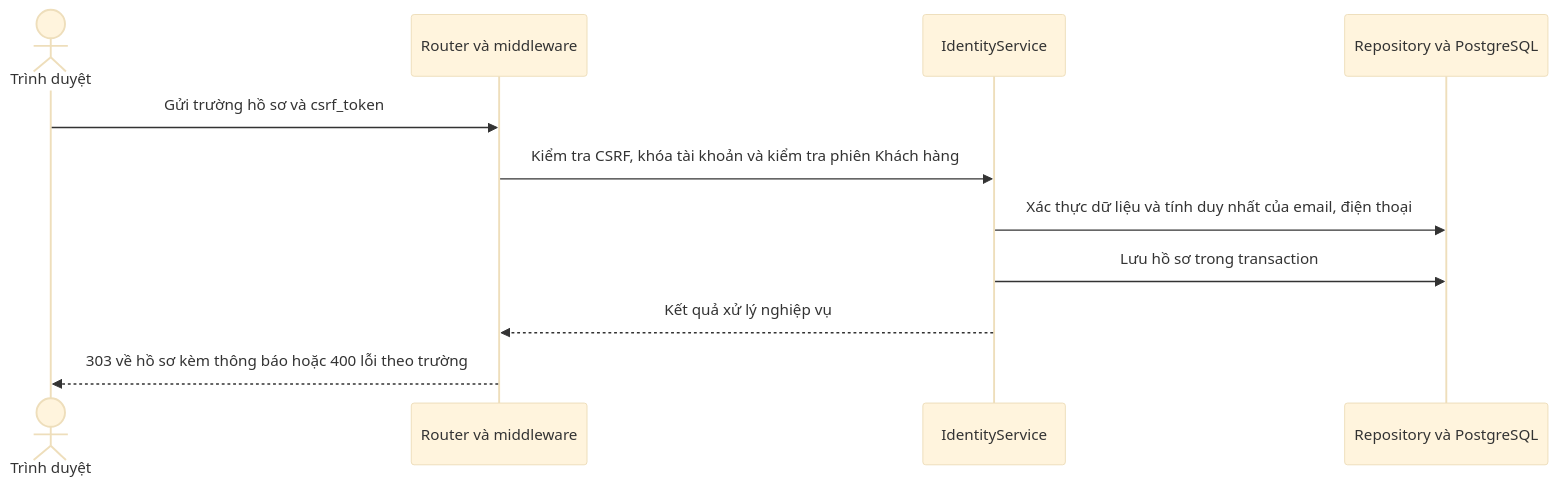
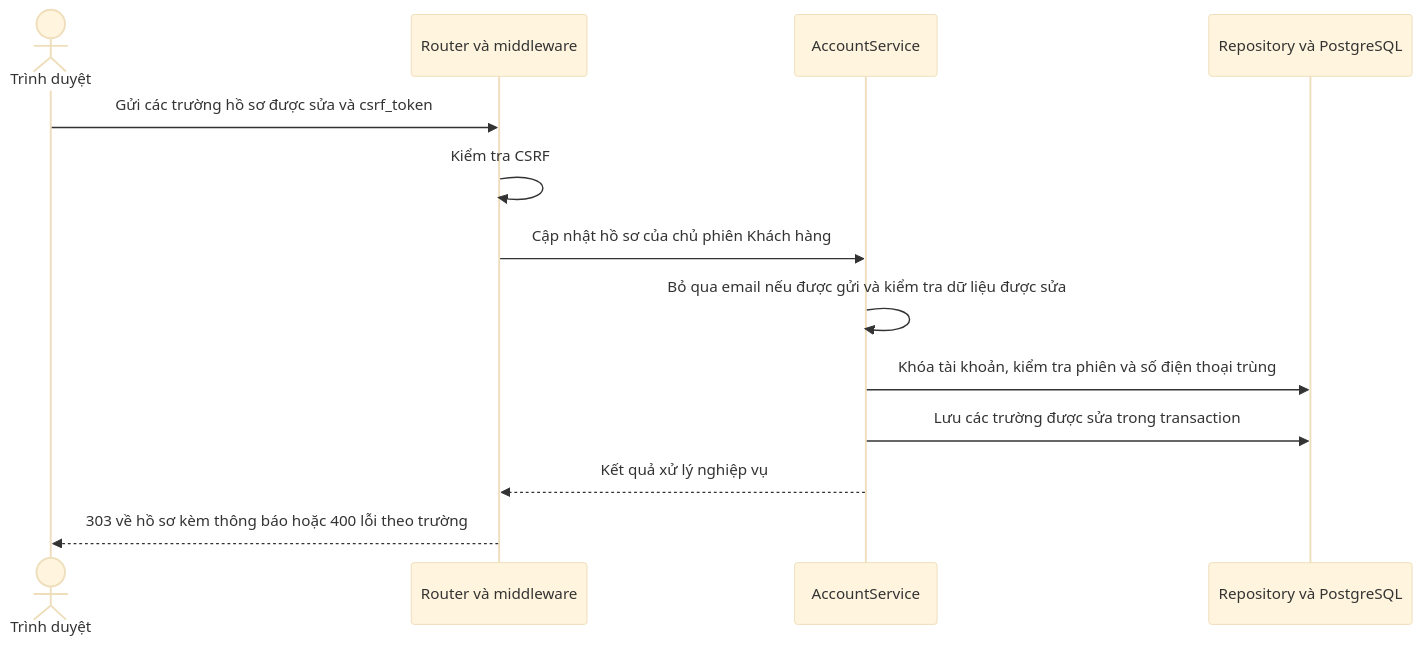
Before and after one commit to thanhklt/sobie-swimwear-e-commerce: the diagram in docs/sequence/identity/post-account-profile.md, drawn with Mermaid (base theme). The commit also changed 127 other files, not shown here.

````diff
--- a/docs/sequence/identity/post-account-profile.md
+++ b/docs/sequence/identity/post-account-profile.md
@@ -5,13 +5,15 @@
 ```mermaid
 sequenceDiagram
     actor Browser as Trình duyệt
     participant Route as Router và middleware
-    participant Service as IdentityService
+    participant Service as AccountService
     participant Data as Repository và PostgreSQL
-    Browser->>Route: Gửi trường hồ sơ và csrf_token
-    Route->>Service: Kiểm tra CSRF, khóa tài khoản và kiểm tra phiên Khách hàng
-    Service->>Data: Xác thực dữ liệu và tính duy nhất của email, điện thoại
-    Service->>Data: Lưu hồ sơ trong transaction
+    Browser->>Route: Gửi các trường hồ sơ được sửa và csrf_token
+    Route->>Route: Kiểm tra CSRF
+    Route->>Service: Cập nhật hồ sơ của chủ phiên Khách hàng
+    Service->>Service: Bỏ qua email nếu được gửi và kiểm tra dữ liệu được sửa
+    Service->>Data: Khóa tài khoản, kiểm tra phiên và số điện thoại trùng
+    Service->>Data: Lưu các trường được sửa trong transaction
     Service-->>Route: Kết quả xử lý nghiệp vụ
     Route-->>Browser: 303 về hồ sơ kèm thông báo hoặc 400 lỗi theo trường
 ```
````
